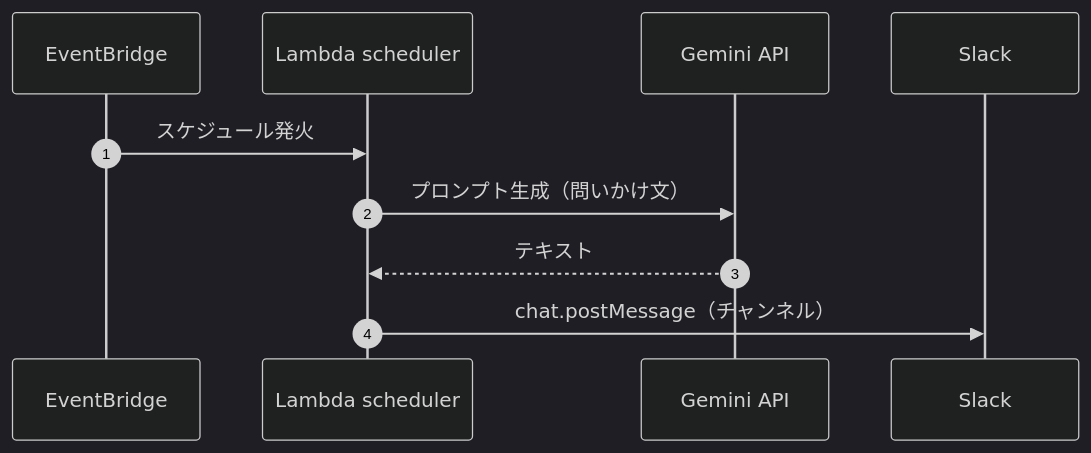
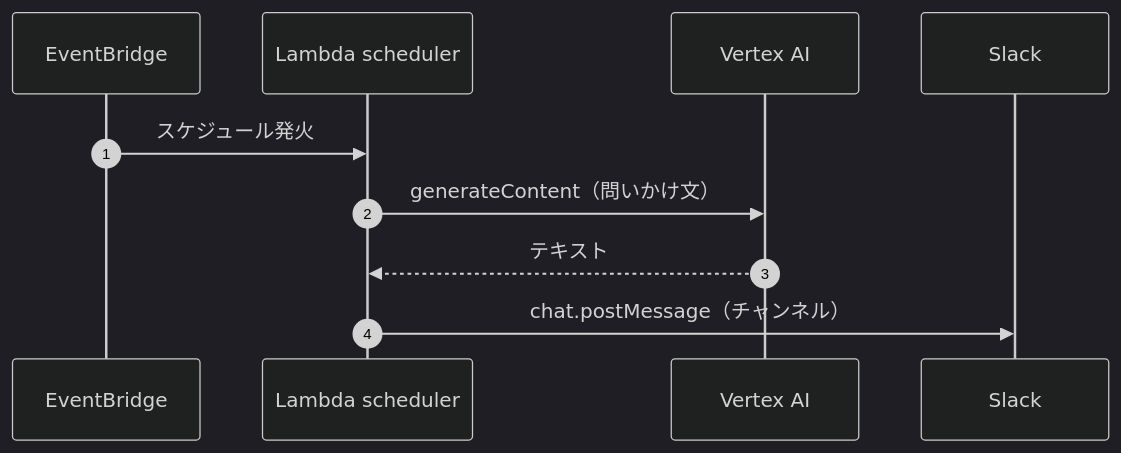
Before and after one commit to YoshimuraKoei/koei-clone: the fourth of 10 diagrams in ARCHITECTURE.md, drawn with Mermaid (dark theme). The commit also changed other lines of this file and 12 other files, not shown here.

````diff
--- a/ARCHITECTURE.md
+++ b/ARCHITECTURE.md
@@ -91,13 +99,13 @@
 ```mermaid
 sequenceDiagram
   autonumber
   participant EB as EventBridge
   participant Lambda as Lambda scheduler
-  participant Gemini as Gemini API
+  participant Vertex as Vertex AI
   participant Slack
 
   EB->>Lambda: スケジュール発火
-  Lambda->>Gemini: プロンプト生成（問いかけ文）
-  Gemini-->>Lambda: テキスト
+  Lambda->>Vertex: generateContent（問いかけ文）
+  Vertex-->>Lambda: テキスト
   Lambda->>Slack: chat.postMessage（チャンネル）
 ```
````
